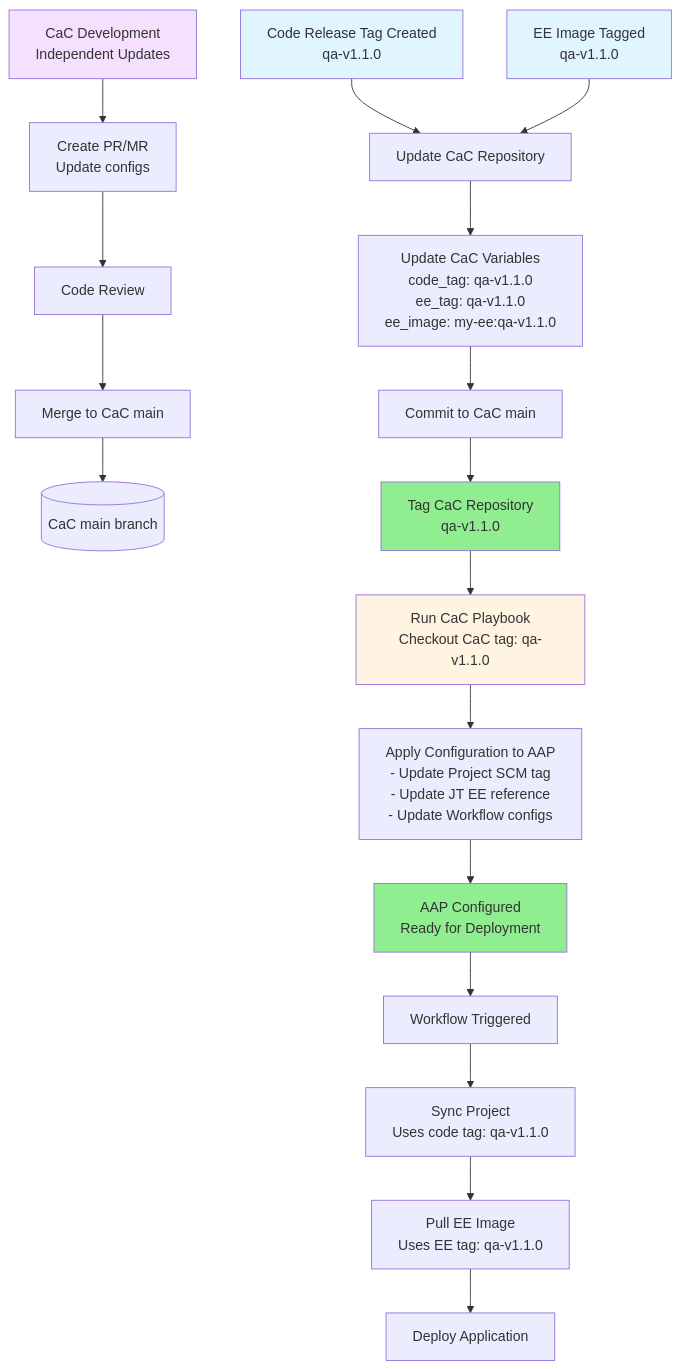
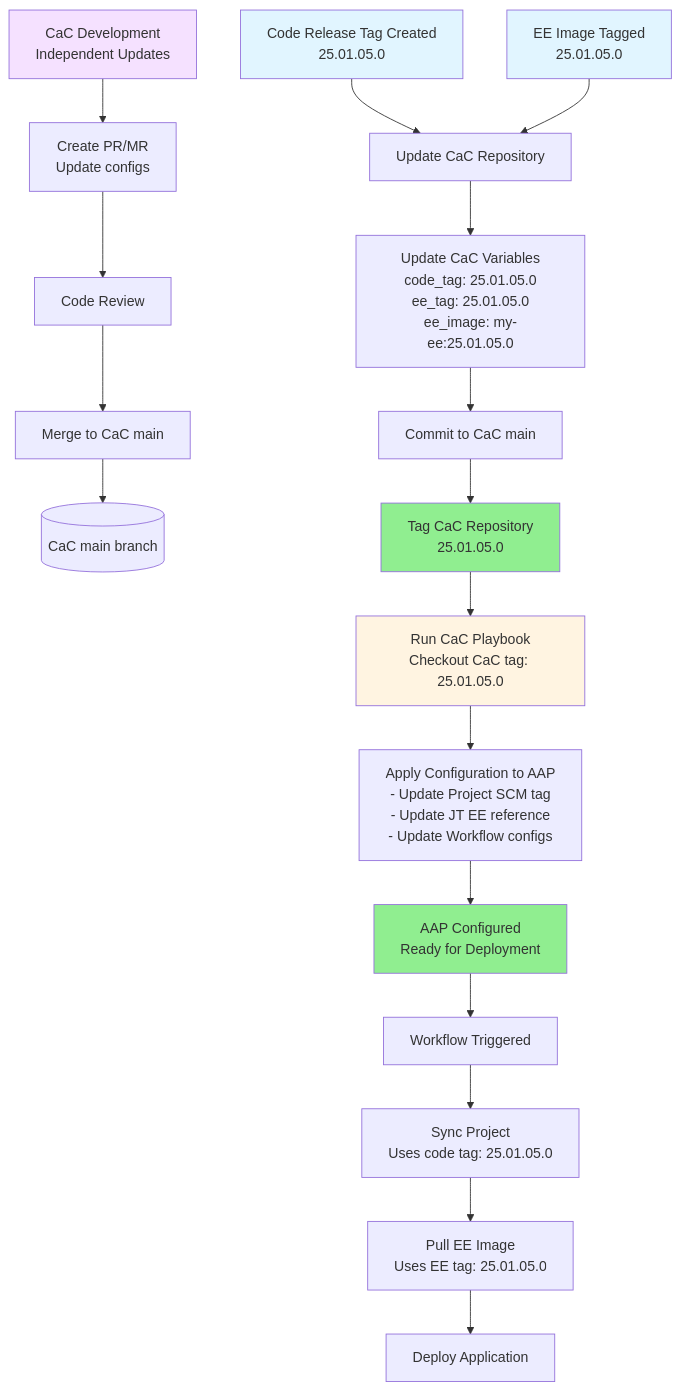
Before and after one commit to djdanielsson/rh1-docs: the fourth of 4 diagrams in workflow-diagram.md, drawn with Mermaid. The commit also changed other lines of this file and 15 other files, not shown here.

````diff
--- a/workflow-diagram.md
+++ b/workflow-diagram.md
@@ -349,31 +347,31 @@
 ```mermaid
 flowchart TD
     CaCDev[CaC Development<br/>Independent Updates] --> CaCPR[Create PR/MR<br/>Update configs]
     CaCPR --> CaCReview[Code Review]
     CaCReview --> CaCMerge[Merge to CaC main]
     CaCMerge --> CaCMain[(CaC main branch)]
 
-    CodeRelease[Code Release Tag Created<br/>qa-v1.1.0] --> UpdateCaC[Update CaC Repository]
-    EERelease[EE Image Tagged<br/>qa-v1.1.0] --> UpdateCaC
+    CodeRelease[Code Release Tag Created<br/>25.01.05.0] --> UpdateCaC[Update CaC Repository]
+    EERelease[EE Image Tagged<br/>25.01.05.0] --> UpdateCaC
 
-    UpdateCaC --> CaCUpdate[Update CaC Variables<br/>code_tag: qa-v1.1.0<br/>ee_tag: qa-v1.1.0<br/>ee_image: my-ee:qa-v1.1.0]
+    UpdateCaC --> CaCUpdate[Update CaC Variables<br/>code_tag: 25.01.05.0<br/>ee_tag: 25.01.05.0<br/>ee_image: my-ee:25.01.05.0]
     CaCUpdate --> CaCCommit[Commit to CaC main]
-    CaCCommit --> CaCTag[Tag CaC Repository<br/>qa-v1.1.0]
+    CaCCommit --> CaCTag[Tag CaC Repository<br/>25.01.05.0]
 
-    CaCTag --> CaCApply[Run CaC Playbook<br/>Checkout CaC tag: qa-v1.1.0]
+    CaCTag --> CaCApply[Run CaC Playbook<br/>Checkout CaC tag: 25.01.05.0]
     CaCApply --> CaCConfig[Apply Configuration to AAP<br/>- Update Project SCM tag<br/>- Update JT EE reference<br/>- Update Workflow configs]
 
     CaCConfig --> AAPReady[AAP Configured<br/>Ready for Deployment]
 
     AAPReady --> WFTrigger[Workflow Triggered]
-    WFTrigger --> WFSync[Sync Project<br/>Uses code tag: qa-v1.1.0]
-    WFSync --> WFEE[Pull EE Image<br/>Uses EE tag: qa-v1.1.0]
+    WFTrigger --> WFSync[Sync Project<br/>Uses code tag: 25.01.05.0]
+    WFSync --> WFEE[Pull EE Image<br/>Uses EE tag: 25.01.05.0]
     WFEE --> WFDeploy[Deploy Application]
 
     style CaCDev fill:#f5e1ff
     style CodeRelease fill:#e1f5ff
     style EERelease fill:#e1f5ff
     style CaCTag fill:#90EE90
     style CaCApply fill:#fff4e1
     style AAPReady fill:#90EE90
 ```
````
